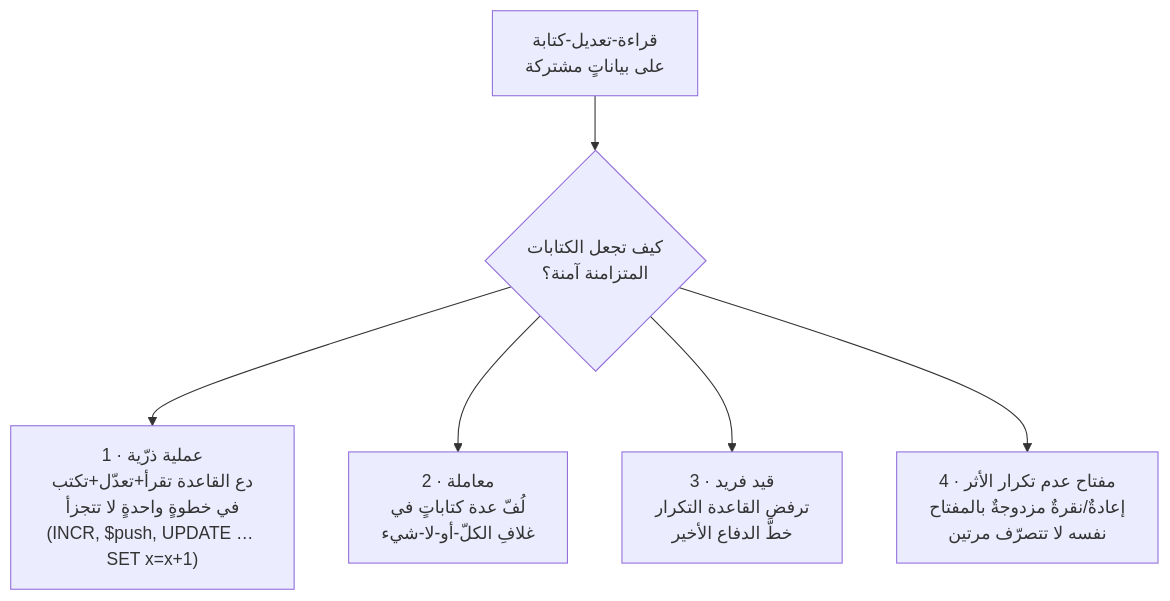
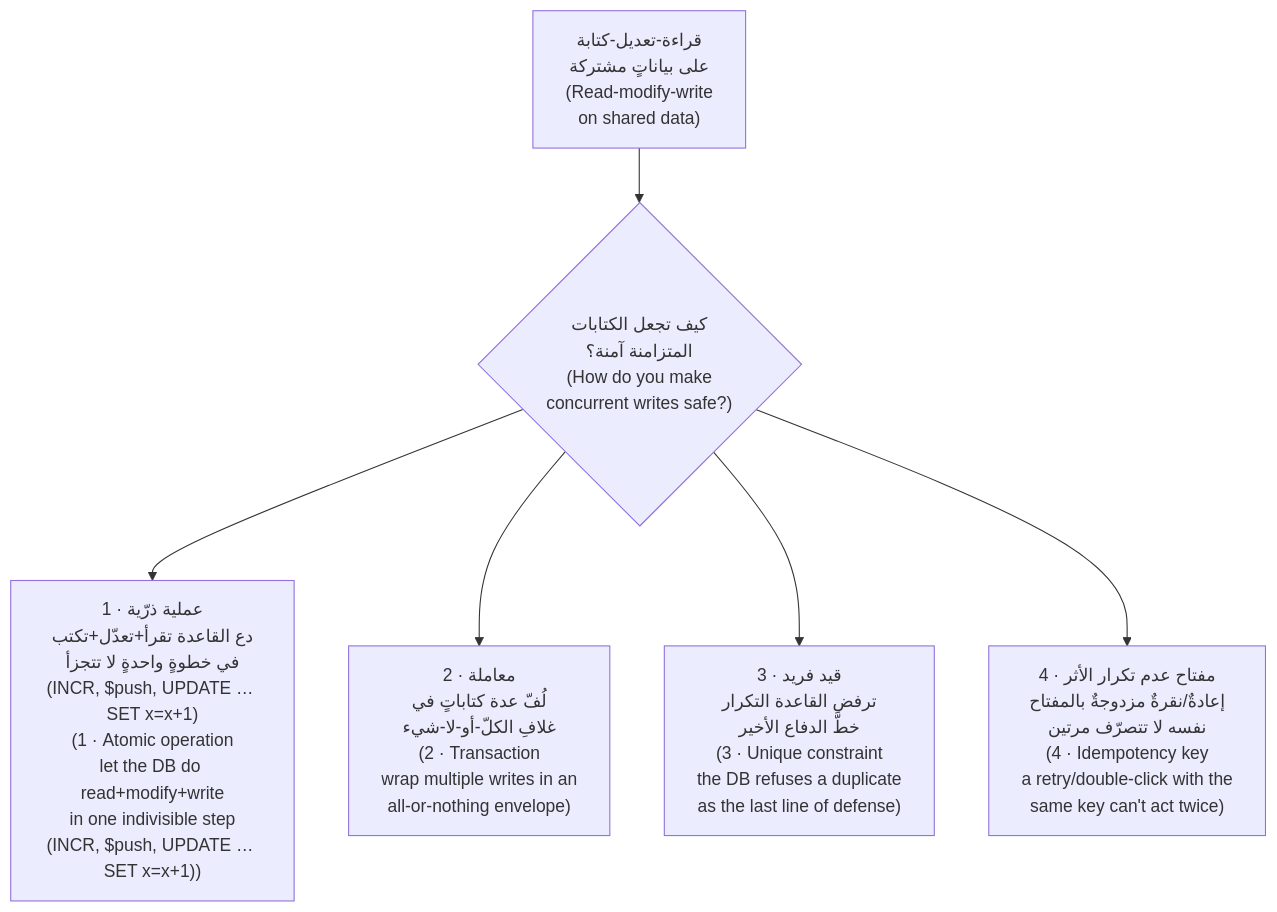
One commit to Tamoura/system-design-for-vibe-coders changed the tenth of 10 diagrams in modules/02-data-storage-backups/module.ar.md. Above: the diagram before and after it, drawn with Mermaid. The commit also changed other lines of this file and 62 other files, not shown here.

First line of the commit message:
Arabic editions: English on every diagram label, RTL fixes, rebuild

````diff
--- a/modules/02-data-storage-backups/module.ar.md
+++ b/modules/02-data-storage-backups/module.ar.md
@@ -820,8 +820,8 @@
 ```mermaid
 flowchart TD
-    RMW["قراءة-تعديل-كتابة<br/>على بياناتٍ مشتركة"] --> Q{"كيف تجعل الكتابات<br/>المتزامنة آمنة؟"}
-    Q --> ATOM["1 · عملية ذرّية<br/>دع القاعدة تقرأ+تعدّل+تكتب<br/>في خطوةٍ واحدةٍ لا تتجزأ<br/>(INCR, $push, UPDATE … SET x=x+1)"]
-    Q --> TXN["2 · معاملة<br/>لُفّ عدة كتاباتٍ في<br/>غلافِ الكلّ-أو-لا-شيء"]
-    Q --> UNIQ["3 · قيد فريد<br/>ترفض القاعدة التكرار<br/>خطَّ الدفاع الأخير"]
-    Q --> IDEM["4 · مفتاح عدم تكرار الأثر<br/>إعادةٌ/نقرةٌ مزدوجةٌ بالمفتاح<br/>نفسه لا تتصرّف مرتين"]
+    RMW["قراءة-تعديل-كتابة<br/>على بياناتٍ مشتركة<br/>(Read-modify-write<br/>on shared data)"] --> Q{"كيف تجعل الكتابات<br/>المتزامنة آمنة؟<br/>(How do you make<br/>concurrent writes safe?)"}
+    Q --> ATOM["1 · عملية ذرّية<br/>دع القاعدة تقرأ+تعدّل+تكتب<br/>في خطوةٍ واحدةٍ لا تتجزأ<br/>(INCR, $push, UPDATE … SET x=x+1)<br/>(1 · Atomic operation<br/>let the DB do read+modify+write<br/>in one indivisible step<br/>(INCR, $push, UPDATE … SET x=x+1))"]
+    Q --> TXN["2 · معاملة<br/>لُفّ عدة كتاباتٍ في<br/>غلافِ الكلّ-أو-لا-شيء<br/>(2 · Transaction<br/>wrap multiple writes in an<br/>all-or-nothing envelope)"]
+    Q --> UNIQ["3 · قيد فريد<br/>ترفض القاعدة التكرار<br/>خطَّ الدفاع الأخير<br/>(3 · Unique constraint<br/>the DB refuses a duplicate<br/>as the last line of defense)"]
+    Q --> IDEM["4 · مفتاح عدم تكرار الأثر<br/>إعادةٌ/نقرةٌ مزدوجةٌ بالمفتاح<br/>نفسه لا تتصرّف مرتين<br/>(4 · Idempotency key<br/>a retry/double-click with the<br/>same key can't act twice)"]
 ```
````
